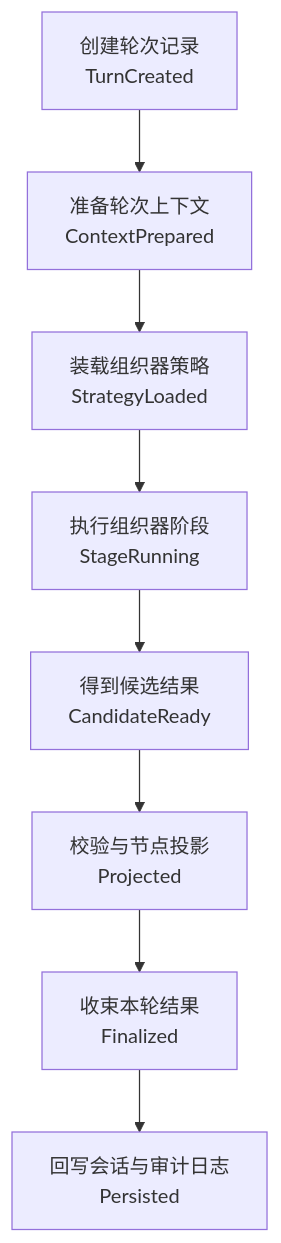
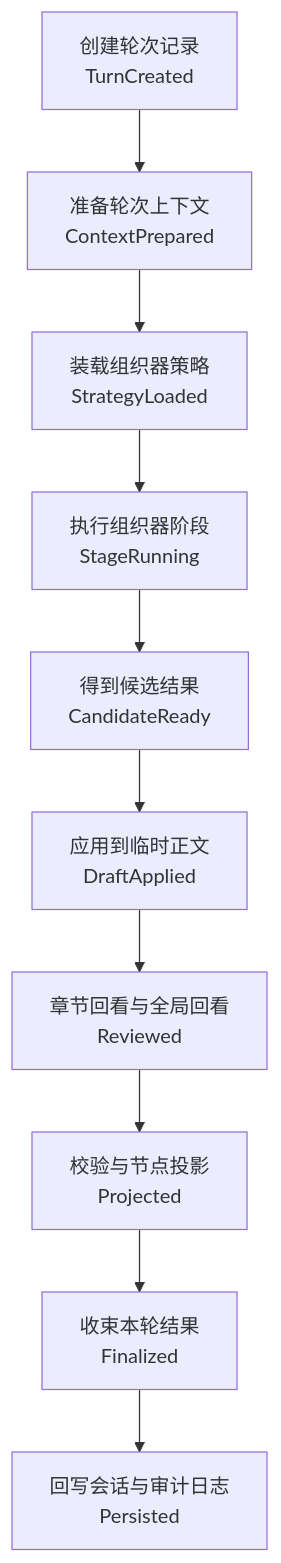
One commit to wgwtest/CodeFactoryV2 changed diagram 25 of 35 in DOC/CODEX_DOC/02_设计说明/P2_需求分析系统/P2-需求分析系统设计.md. Above: the diagram before and after it, drawn with Mermaid. The commit also changed other lines of this file and 42 other files, not shown here.

Commit message:
feat(p2): wire lab working document flow and normalize design doc names

````diff
--- a/DOC/CODEX_DOC/02_设计说明/P2_需求分析系统/P2-需求分析系统设计.md
+++ b/DOC/CODEX_DOC/02_设计说明/P2_需求分析系统/P2-需求分析系统设计.md
@@ -2626,13 +3047,15 @@
 ```mermaid
 flowchart TB
   A["创建轮次记录<br/>TurnCreated"]
   B["准备轮次上下文<br/>ContextPrepared"]
   C["装载组织器策略<br/>StrategyLoaded"]
   D["执行组织器阶段<br/>StageRunning"]
   E["得到候选结果<br/>CandidateReady"]
-  F["校验与节点投影<br/>Projected"]
-  G["收束本轮结果<br/>Finalized"]
-  H["回写会话与审计日志<br/>Persisted"]
+  F["应用到临时正文<br/>DraftApplied"]
+  G["章节回看与全局回看<br/>Reviewed"]
+  H["校验与节点投影<br/>Projected"]
+  I["收束本轮结果<br/>Finalized"]
+  J["回写会话与审计日志<br/>Persisted"]
 
-  A --> B --> C --> D --> E --> F --> G --> H
+  A --> B --> C --> D --> E --> F --> G --> H --> I --> J
 ```
````
